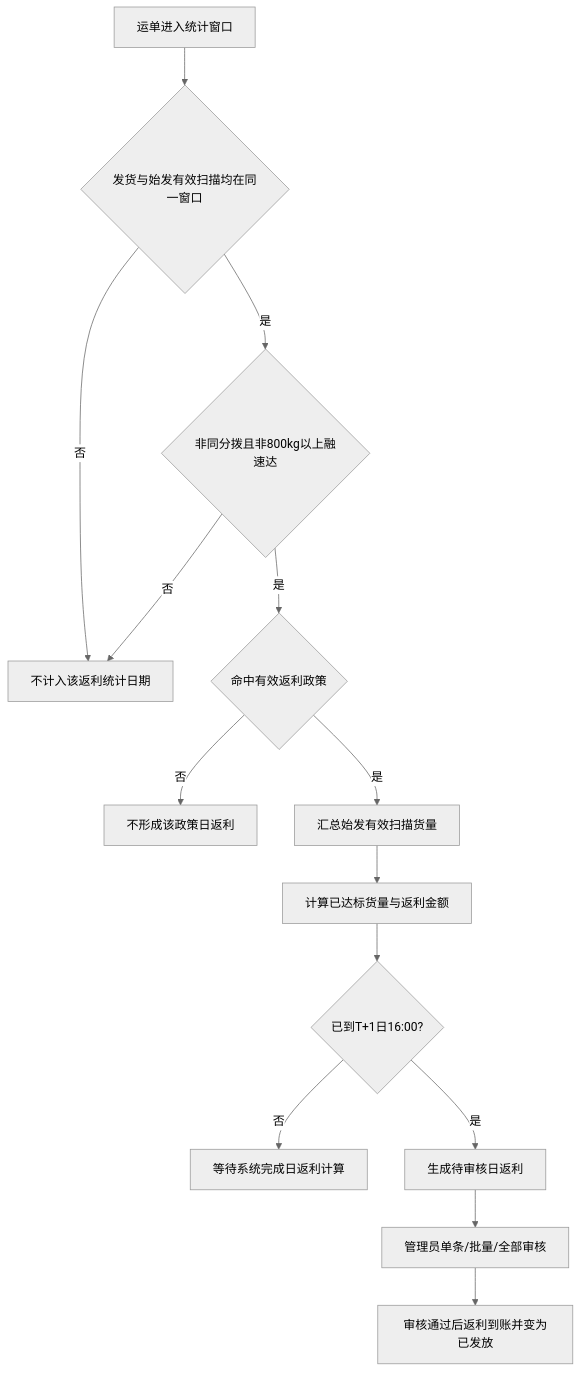
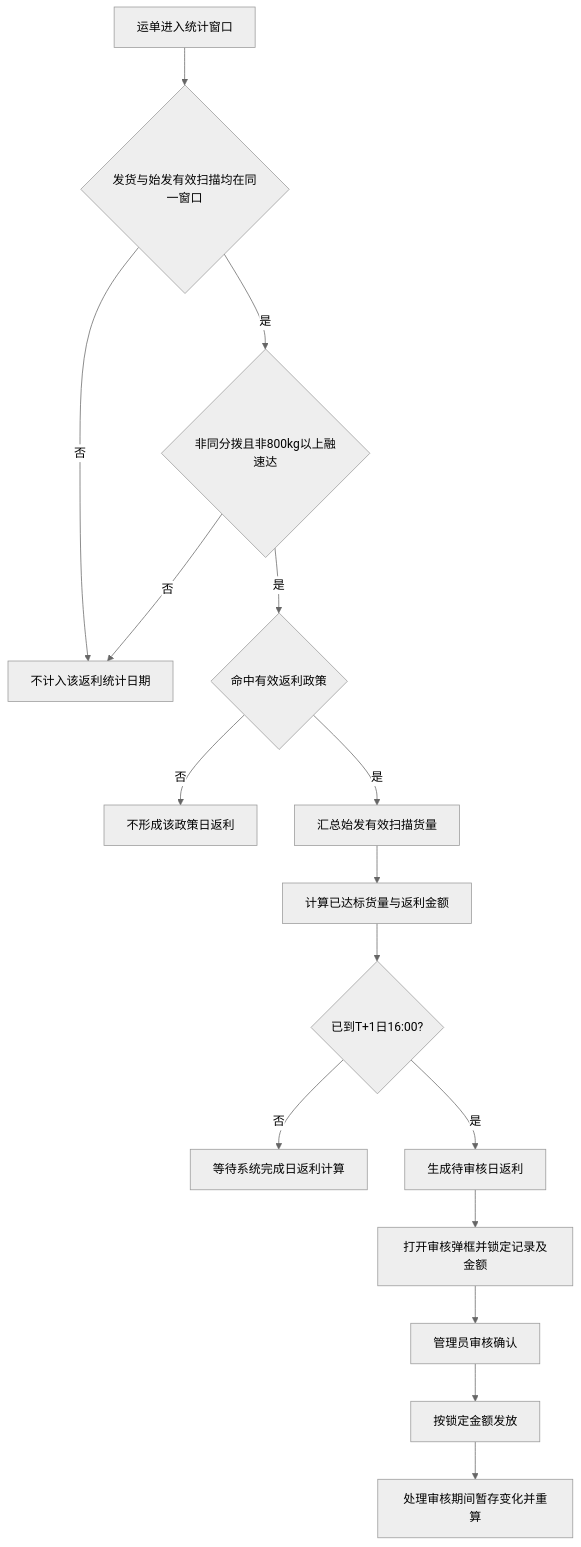
Before and after one commit to lichen-lc123/wangdianfanli: the first of 2 diagrams in 03-产品设计/业务PRD/返利管理业务PRD.md, drawn with Mermaid (neutral theme). The commit also changed other lines of this file and 22 other files, not shown here.

````diff
--- a/03-产品设计/业务PRD/返利管理业务PRD.md
+++ b/03-产品设计/业务PRD/返利管理业务PRD.md
@@ -84,16 +84,18 @@
 ```mermaid
 flowchart TD
     A[运单进入统计窗口] --> B{发货与始发有效扫描均在同一窗口}
     B -->|否| C[不计入该返利统计日期]
     B -->|是| D{非同分拨且非800kg以上融速达}
     D -->|否| C
     D -->|是| E{命中有效返利政策}
     E -->|否| F[不形成该政策日返利]
     E -->|是| G[汇总始发有效扫描货量]
     G --> H[计算已达标货量与返利金额]
     H --> I{已到T+1日16:00?}
     I -->|否| J[等待系统完成日返利计算]
     I -->|是| K[生成待审核日返利]
-    K --> M[管理员单条/批量/全部审核]
-    M --> L[审核通过后返利到账并变为已发放]
+    K --> M[打开审核弹框并锁定记录及金额]
+    M --> N[管理员审核确认]
+    N --> L[按锁定金额发放]
+    L --> O[处理审核期间暂存变化并重算]
 ```
````
